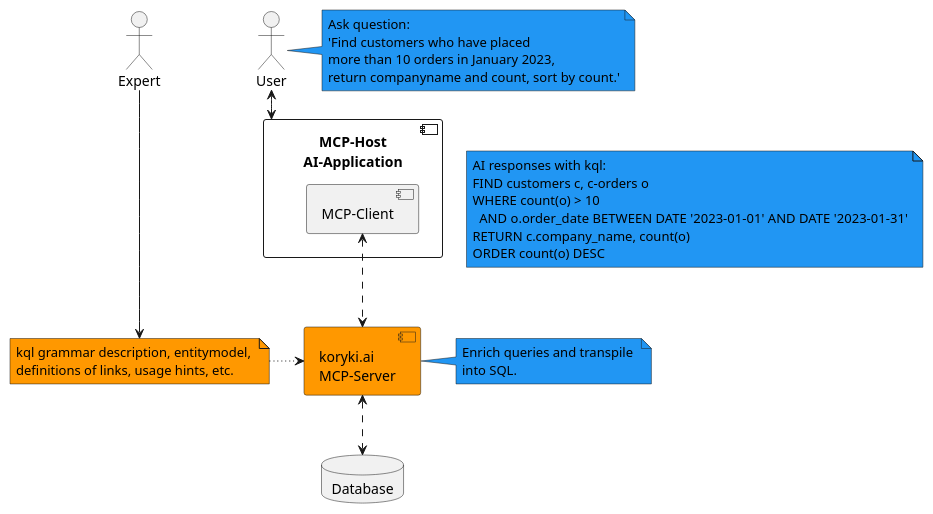
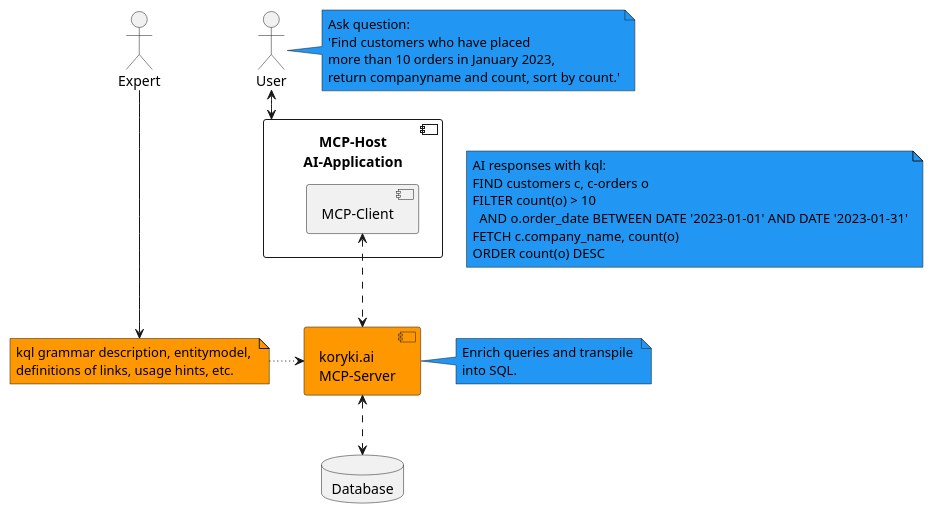
Before and after one commit to korykiai/core: the diagram in doc/mcp_overview.plantuml, drawn with PlantUML. The commit also changed 1 other file, not shown here.

```diff
--- a/doc/mcp_overview.plantuml
+++ b/doc/mcp_overview.plantuml
@@ -1,52 +1,52 @@
 @startuml
 
 
 actor user as "User"
 actor databaseexpert as "Expert"
 
 component mcphost as "MCP-Host\nAI-Application"{
 
 component mcpclient as "MCP-Client"{
 }
 
 }
 
 component mcpserver as "koryki.ai\nMCP-Server"  #FF9800{
 }
 
 
 database database as "Database" {
 }
 
 
-note "AI responses with kql:\nFIND customers c, c-orders o \nWHERE count(o) > 10 \n  AND o.order_date BETWEEN DATE '2023-01-01' AND DATE '2023-01-31'\nRETURN c.company_name, count(o)\nORDER count(o) DESC" as userquery #2196F3
+note "AI responses with kql:\nFIND customers c, c-orders o \nFILTER count(o) > 10 \n  AND o.order_date BETWEEN DATE '2023-01-01' AND DATE '2023-01-31'\nFETCH c.company_name, count(o)\nORDER count(o) DESC" as userquery #2196F3
 
 note "Enrich queries and transpile \ninto SQL." as mcpservernote #2196F3
 
 note "Ask question: \n'Find customers who have placed \nmore than 10 orders in January 2023, \nreturn companyname and count, sort by count.'" as usernote #2196F3
 
 
 
 note "kql grammar description, entitymodel, \ndefinitions of links, usage hints, etc." as doc  #FF9800
 
 
 
 doc ~right~> mcpserver
 databaseexpert --down-> doc
 
 mcphost .[hidden]left.> userquery
 'mcpclient .[hidden]left.> userquery
 
 user <-down-> mcphost
 
 
 mcpclient <.down.> mcpserver
 
 mcpservernote .[hidden]left.> mcpserver
 usernote .[hidden]left.> user
 
 mcpserver <..> database
 
 
 
 @enduml
```
